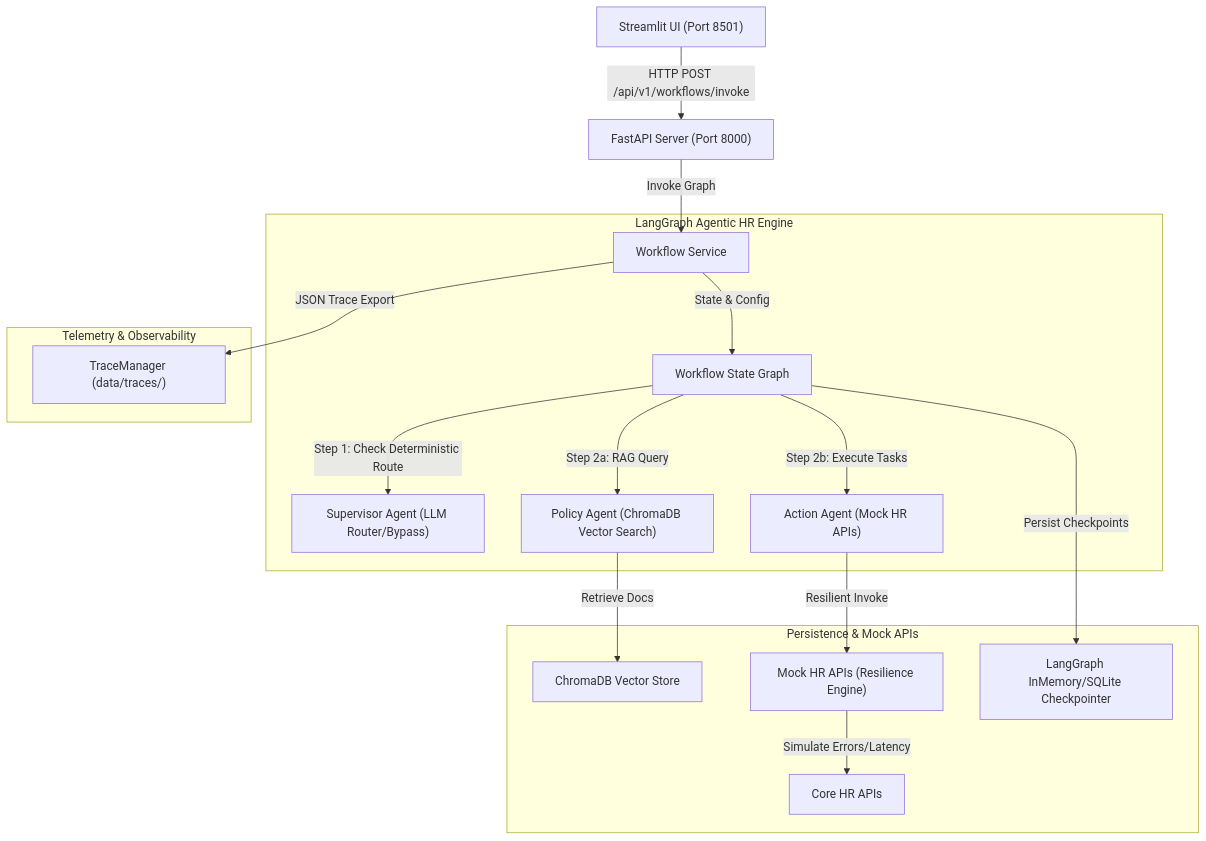
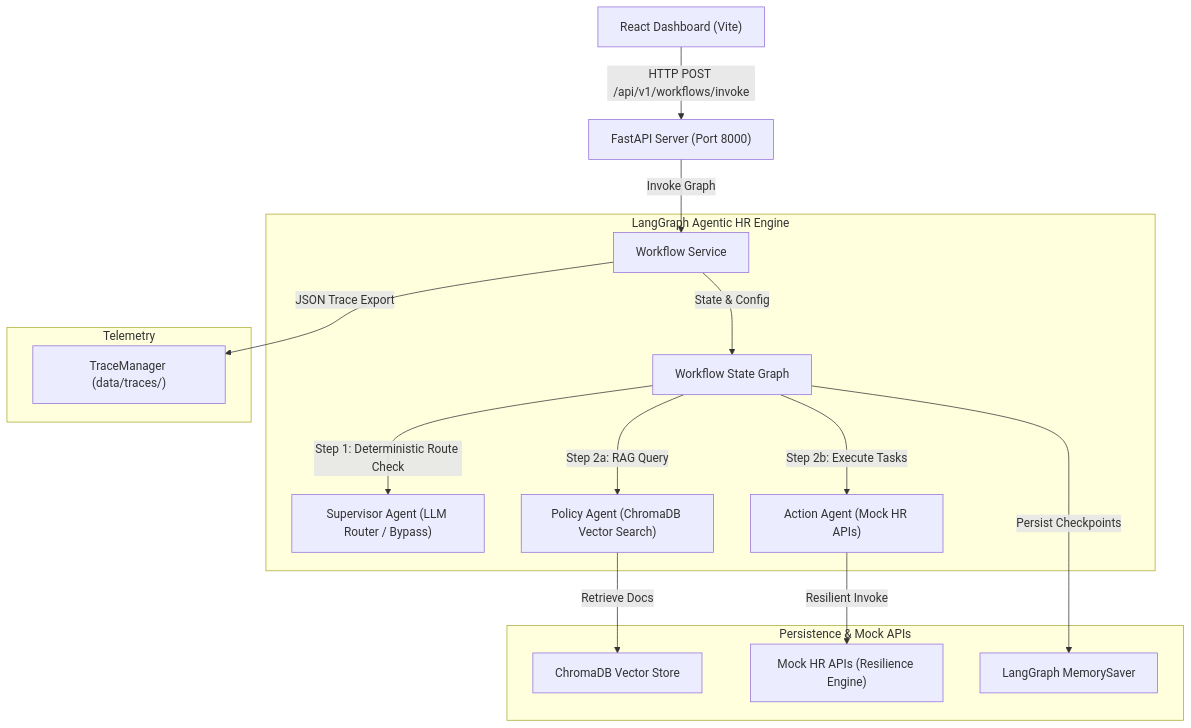
One commit to lohith261/darwinbox-ai-assignment changed the diagram in README.md. Above: the diagram before and after it, drawn with Mermaid. The commit also changed other lines of this file and 21 other files, not shown here.

````diff
--- a/README.md
+++ b/README.md
@@ -40,23 +27,22 @@
 ```mermaid
 graph TD
-    Client["Streamlit UI (Port 8501)"] -->|HTTP POST /api/v1/workflows/invoke| API["FastAPI Server (Port 8000)"]
+    Client["React Dashboard (Vite)"] -->|HTTP POST /api/v1/workflows/invoke| API["FastAPI Server (Port 8000)"]
     API -->|Invoke Graph| Service["Workflow Service"]
-    
+
     subgraph Engine ["LangGraph Agentic HR Engine"]
         Service -->|State & Config| Graph["Workflow State Graph"]
-        Graph -->|Step 1: Check Deterministic Route| Supervisor["Supervisor Agent (LLM Router/Bypass)"]
+        Graph -->|Step 1: Deterministic Route Check| Supervisor["Supervisor Agent (LLM Router / Bypass)"]
         Graph -->|Step 2a: RAG Query| Policy["Policy Agent (ChromaDB Vector Search)"]
         Graph -->|Step 2b: Execute Tasks| Action["Action Agent (Mock HR APIs)"]
     end
-    
+
     subgraph Data ["Persistence & Mock APIs"]
         Policy -->|Retrieve Docs| Chroma["ChromaDB Vector Store"]
         Action -->|Resilient Invoke| Tools["Mock HR APIs (Resilience Engine)"]
-        Tools -->|Simulate Errors/Latency| MockAPIs["Core HR APIs"]
-        Graph -->|Persist Checkpoints| SQLite["LangGraph InMemory/SQLite Checkpointer"]
+        Graph -->|Persist Checkpoints| Memory["LangGraph MemorySaver"]
     end
-    
-    subgraph Observability ["Telemetry & Observability"]
+
+    subgraph Observability ["Telemetry"]
         Service -->|JSON Trace Export| TraceManager["TraceManager (data/traces/)"]
     end
 ```
````
